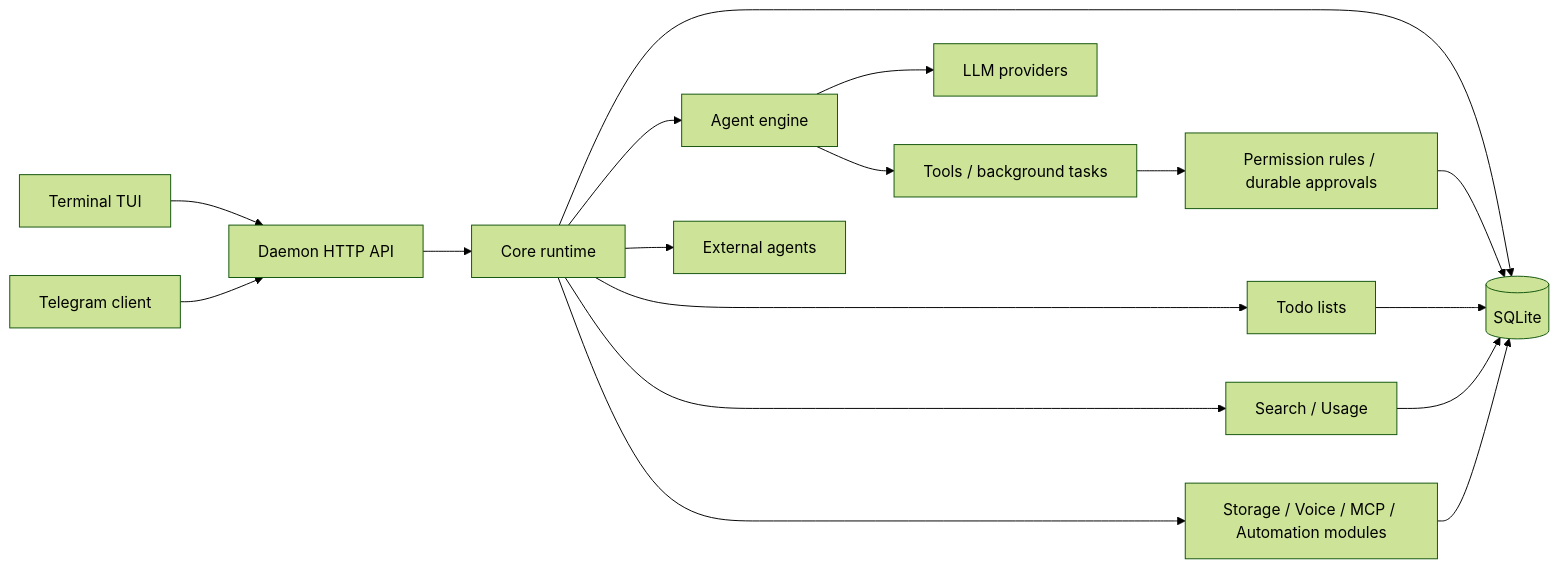
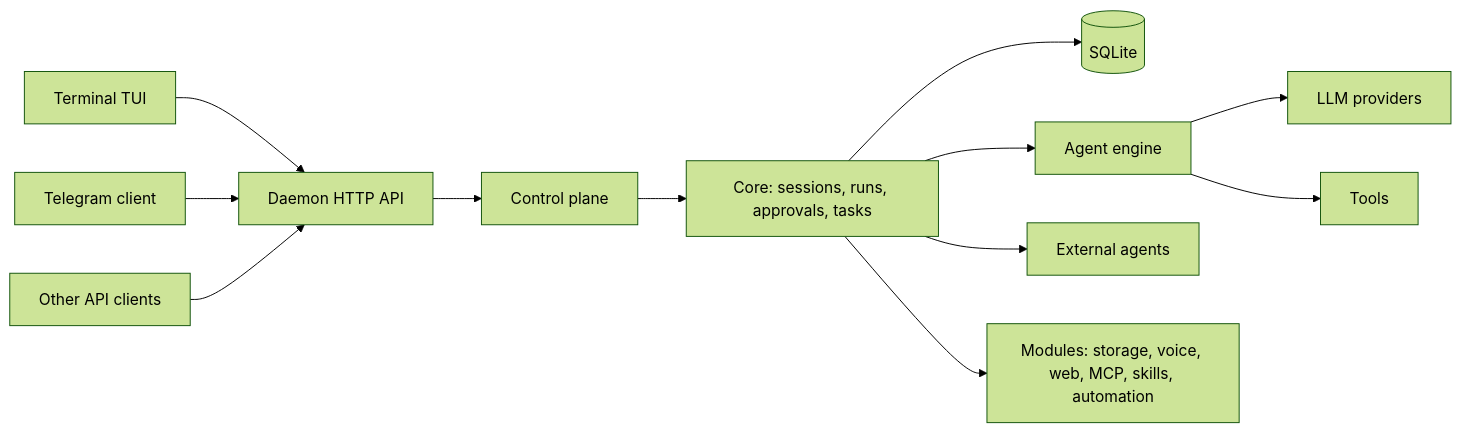
One commit to Suren878/matrixclaw changed the diagram in README.md. Above: the diagram before and after it, drawn with Mermaid (forest theme). The commit also changed other lines of this file and 20 other files, not shown here.

````diff
--- a/README.md
+++ b/README.md
@@ -490,19 +263,14 @@
 ```mermaid
 flowchart LR
     TUI[Terminal TUI] --> API[Daemon HTTP API]
     TG[Telegram client] --> API
-    API --> CORE[Core runtime]
+    IOS[Other API clients] --> API
+    API --> CP[Control plane]
+    CP --> CORE[Core: sessions, runs, approvals, tasks]
     CORE --> STORE[(SQLite)]
     CORE --> ENGINE[Agent engine]
     CORE --> AGENTS[External agents]
     ENGINE --> PROVIDERS[LLM providers]
-    ENGINE --> TOOLS[Tools / background tasks]
-    TOOLS --> APPROVALS[Permission rules / durable approvals]
-    APPROVALS --> STORE
-    CORE --> TODO[Todo lists]
-    CORE --> SEARCH[Search / Usage]
-    CORE --> MODULES[Storage / Voice / MCP / Automation modules]
-    TODO --> STORE
-    SEARCH --> STORE
-    MODULES --> STORE
+    ENGINE --> TOOLS[Tools]
+    CORE --> MODULES[Modules: storage, voice, web, MCP, skills, automation]
 ```
````
